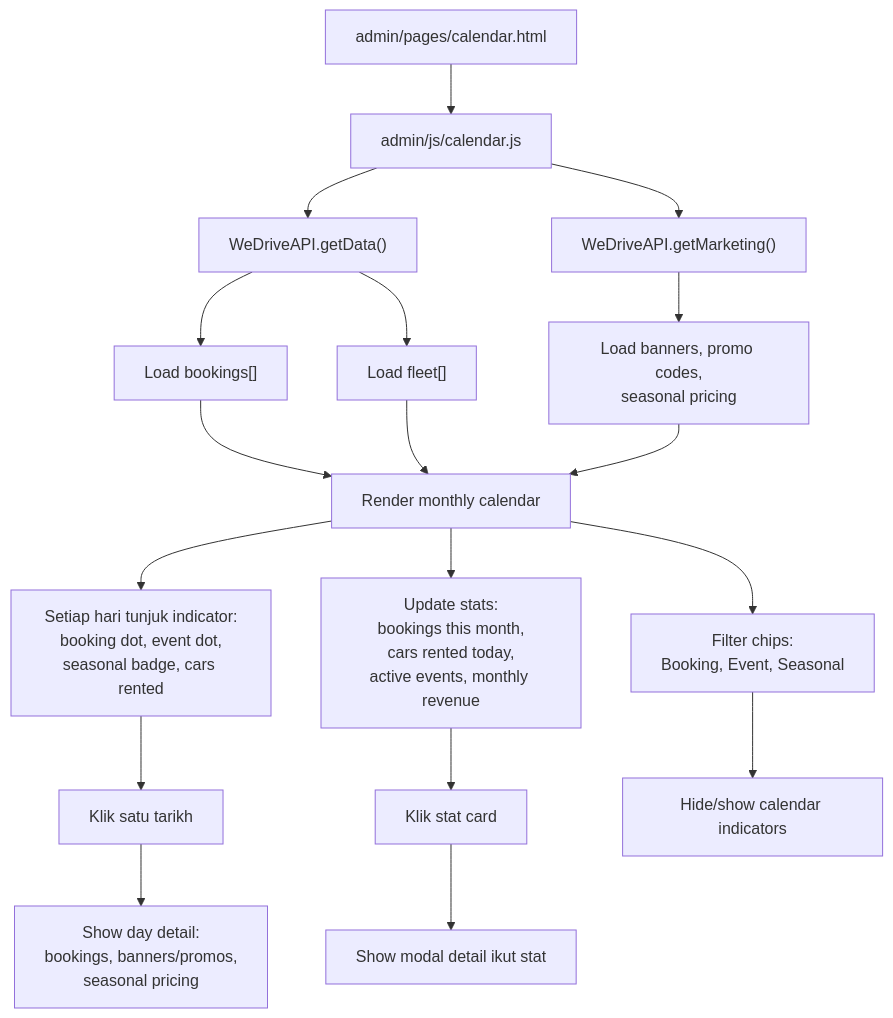
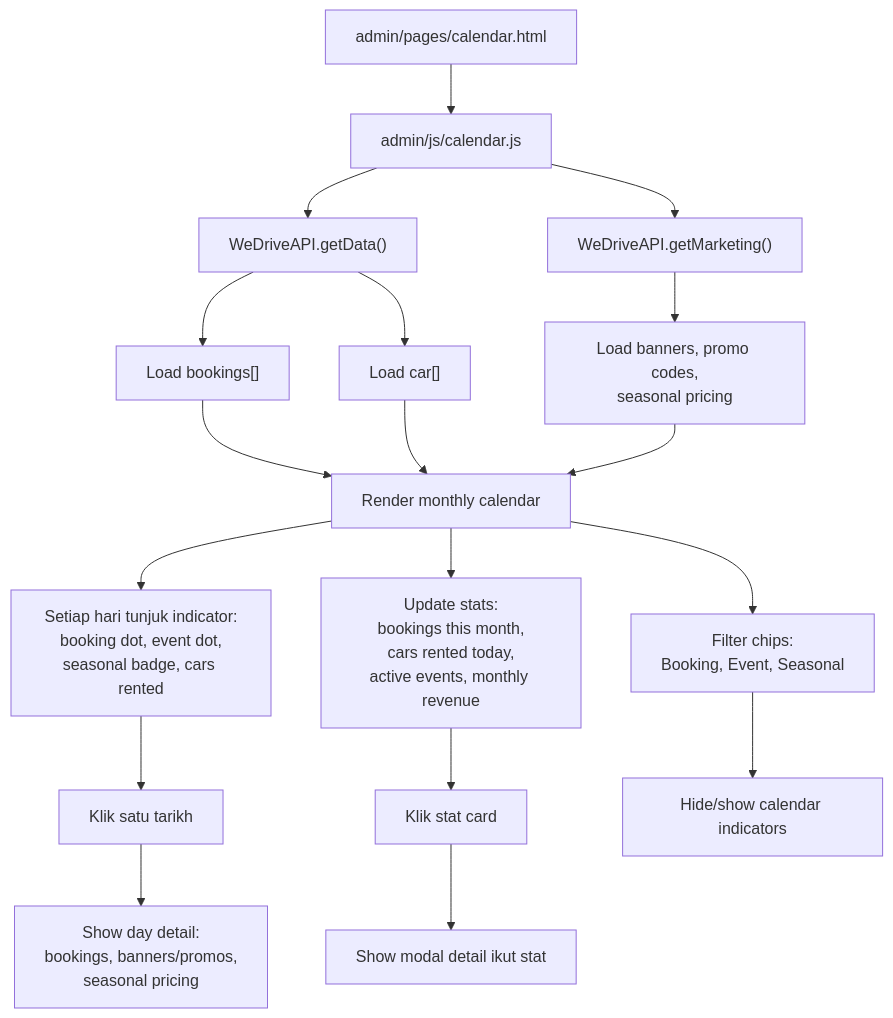
One commit to hdanial211/WeDRIVE changed diagram 14 of 20 in docs/FULL_SYSTEM_FLOWCHART.md. Above: the diagram before and after it, drawn with Mermaid. The commit also changed other lines of this file and 41 other files, not shown here.

Commit message:
5.5.12 Refactoring: Rename fleet terminology to car across language files and loaders

````diff
--- a/docs/FULL_SYSTEM_FLOWCHART.md
+++ b/docs/FULL_SYSTEM_FLOWCHART.md
@@ -314,26 +314,26 @@
 ```mermaid
 flowchart TD
     CAL_PAGE["admin/pages/calendar.html"] --> CAL_JS["admin/js/calendar.js"]
     CAL_JS --> GET_DATA["WeDriveAPI.getData()"]
     CAL_JS --> GET_MARKETING["WeDriveAPI.getMarketing()"]
 
     GET_DATA --> BOOKINGS["Load bookings[]"]
-    GET_DATA --> FLEET["Load fleet[]"]
+    GET_DATA --> CAR["Load car[]"]
     GET_MARKETING --> MARKETING["Load banners, promo codes,<br/>seasonal pricing"]
 
     BOOKINGS --> RENDER_CAL["Render monthly calendar"]
-    FLEET --> RENDER_CAL
+    CAR --> RENDER_CAL
     MARKETING --> RENDER_CAL
 
     RENDER_CAL --> DAY_CELL["Setiap hari tunjuk indicator:<br/>booking dot, event dot,<br/>seasonal badge, cars rented"]
     RENDER_CAL --> STATS["Update stats:<br/>bookings this month,<br/>cars rented today,<br/>active events, monthly revenue"]
 
     DAY_CELL --> CLICK_DAY["Klik satu tarikh"]
     CLICK_DAY --> DETAIL_PANEL["Show day detail:<br/>bookings, banners/promos,<br/>seasonal pricing"]
 
     STATS --> CLICK_STAT["Klik stat card"]
     CLICK_STAT --> MODAL["Show modal detail ikut stat"]
 
     RENDER_CAL --> FILTERS["Filter chips:<br/>Booking, Event, Seasonal"]
     FILTERS --> HIDE_SHOW["Hide/show calendar indicators"]
 ```
````
